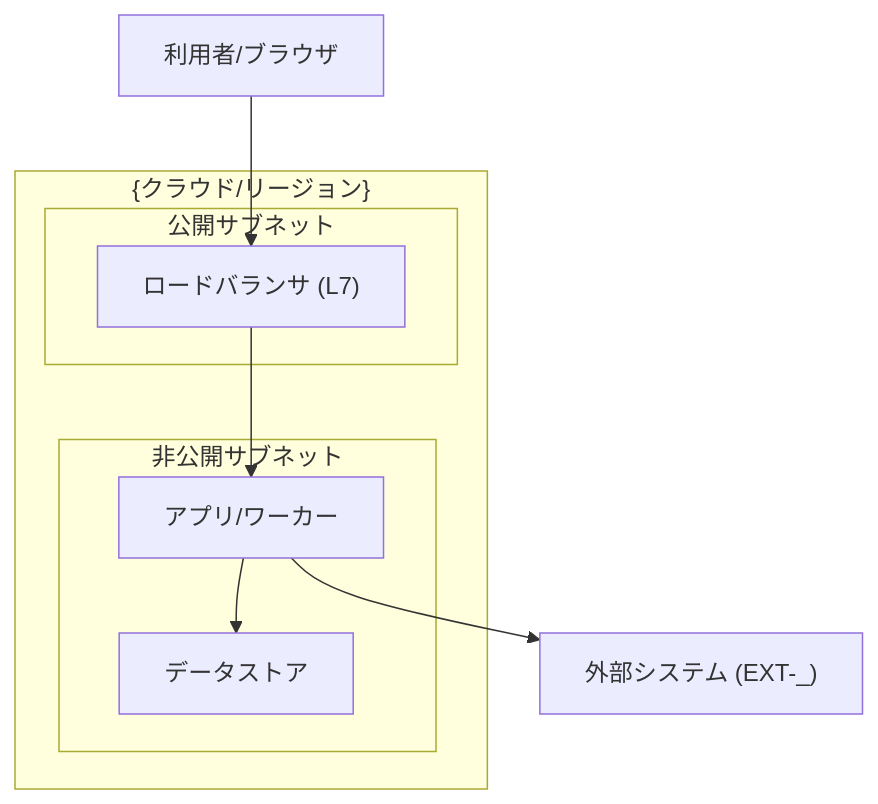
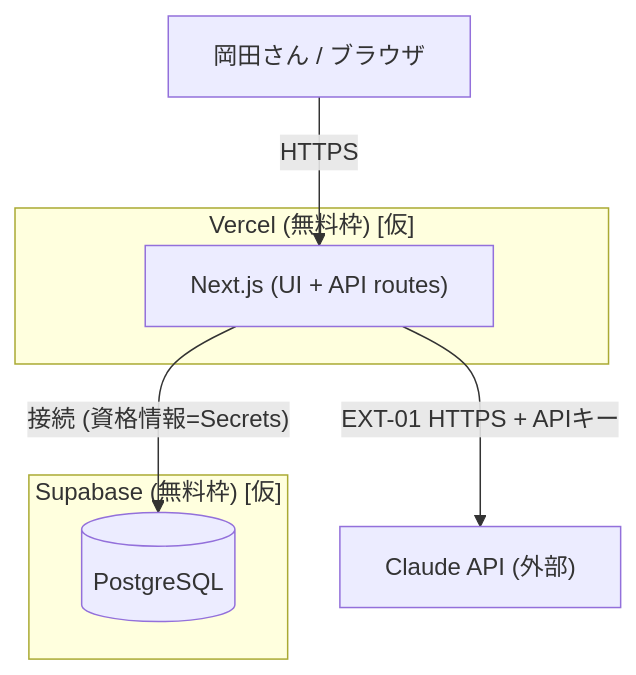
Before and after one commit to k-okada51/okada-fit: the diagram in docs/02_設計/20_インフラ設計/01_システム構成・環境.md, drawn with Mermaid. The commit also changed other lines of this file and 6 other files, not shown here.

````diff
--- a/docs/02_設計/20_インフラ設計/01_システム構成・環境.md
+++ b/docs/02_設計/20_インフラ設計/01_システム構成・環境.md
@@ -18,15 +18,12 @@
 ```mermaid
 flowchart TD
-  subgraph Cloud["{クラウド/リージョン}"]
-    subgraph Public["公開サブネット"]
-      LB["ロードバランサ (L7)"]
-    end
-    subgraph Private["非公開サブネット"]
-      APP["アプリ/ワーカー"]
-      DB["データストア"]
-    end
+  subgraph Vercel["Vercel (無料枠) [仮]"]
+    APP["Next.js (UI + API routes)"]
   end
-  U["利用者/ブラウザ"] --> LB --> APP
-  APP --> DB
-  APP --> EXT["外部システム (EXT-_)"]
+  subgraph Supabase["Supabase (無料枠) [仮]"]
+    DB[("PostgreSQL")]
+  end
+  U["岡田さん / ブラウザ"] -- HTTPS --> APP
+  APP -- "接続 (資格情報=Secrets)" --> DB
+  APP -- "EXT-01 HTTPS + APIキー" --> CLAUDE["Claude API (外部)"]
 ```
````
